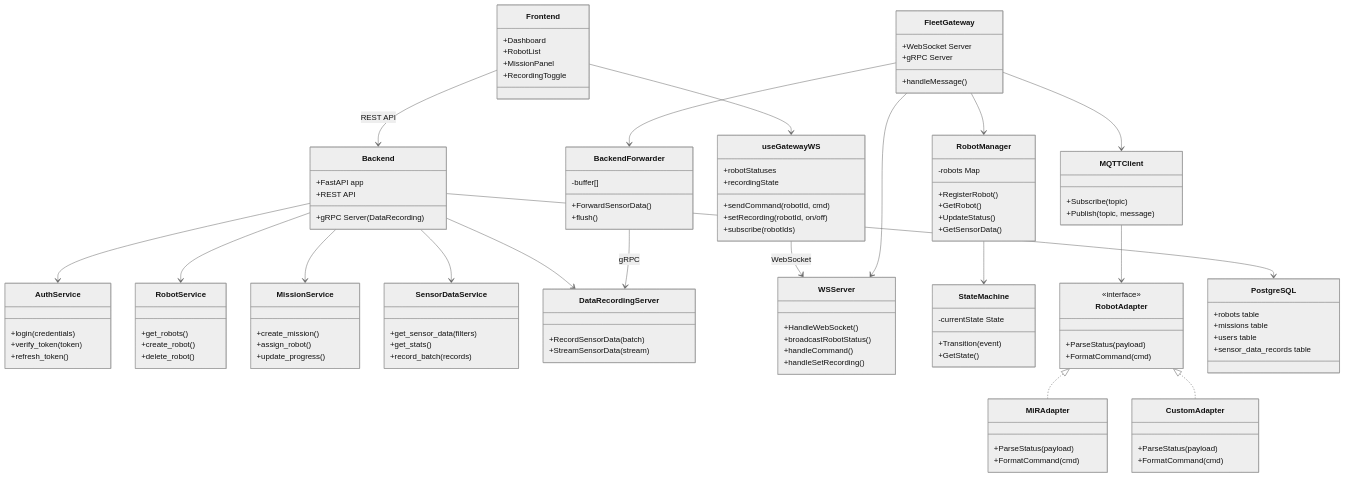
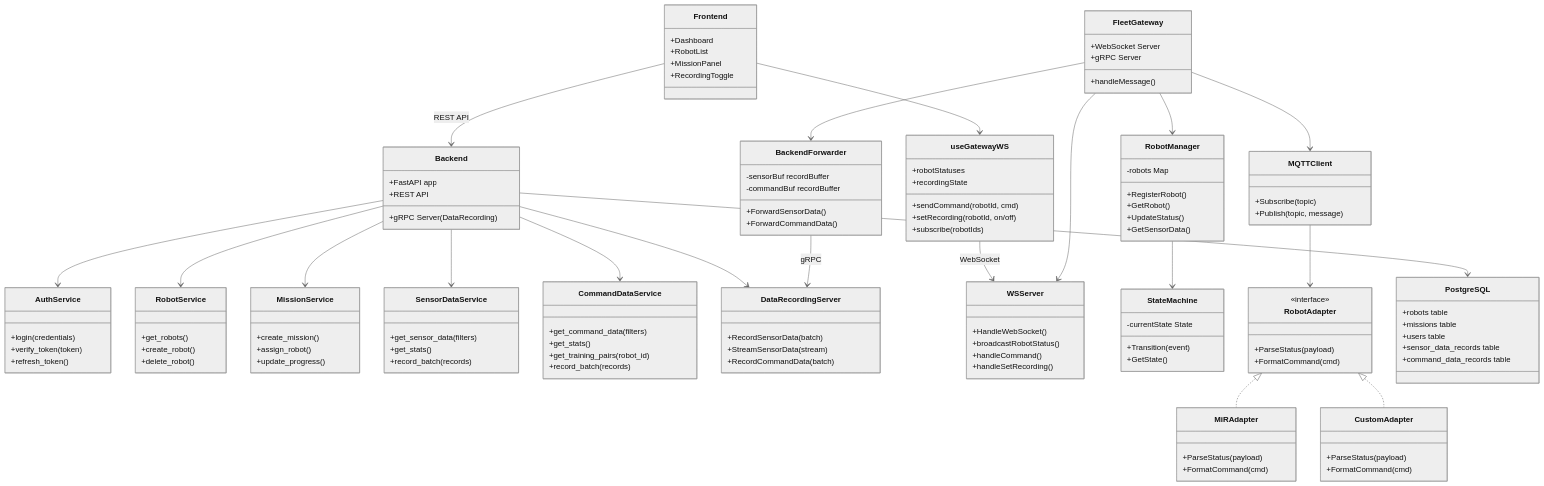
The first of 6 diagrams in README.md (akinami3/robot-ml-web-app), drawn with Mermaid (neutral theme) before and after one commit. The commit also changed other lines of this file and 29 other files, not shown here.

```diff
--- a/README.md
+++ b/README.md
@@ -126,9 +127,17 @@
         +record_batch(records)
     }
     
+    class CommandDataService {
+        +get_command_data(filters)
+        +get_stats()
+        +get_training_pairs(robot_id)
+        +record_batch(records)
+    }
+    
     class DataRecordingServer {
         +RecordSensorData(batch)
         +StreamSensorData(stream)
+        +RecordCommandData(batch)
     }
     
     %% Gateway Layer
@@ -146,9 +155,10 @@
     }
     
     class BackendForwarder {
-        -buffer[]
+        -sensorBuf recordBuffer
+        -commandBuf recordBuffer
         +ForwardSensorData()
-        +flush()
+        +ForwardCommandData()
     }
     
     class RobotManager {
@@ -192,6 +202,7 @@
         +missions table
         +users table
         +sensor_data_records table
+        +command_data_records table
     }
     
     %% Relationships
@@ -203,6 +214,7 @@
     Backend --> RobotService
     Backend --> MissionService
     Backend --> SensorDataService
+    Backend --> CommandDataService
     Backend --> DataRecordingServer
     Backend --> PostgreSQL
     
```
